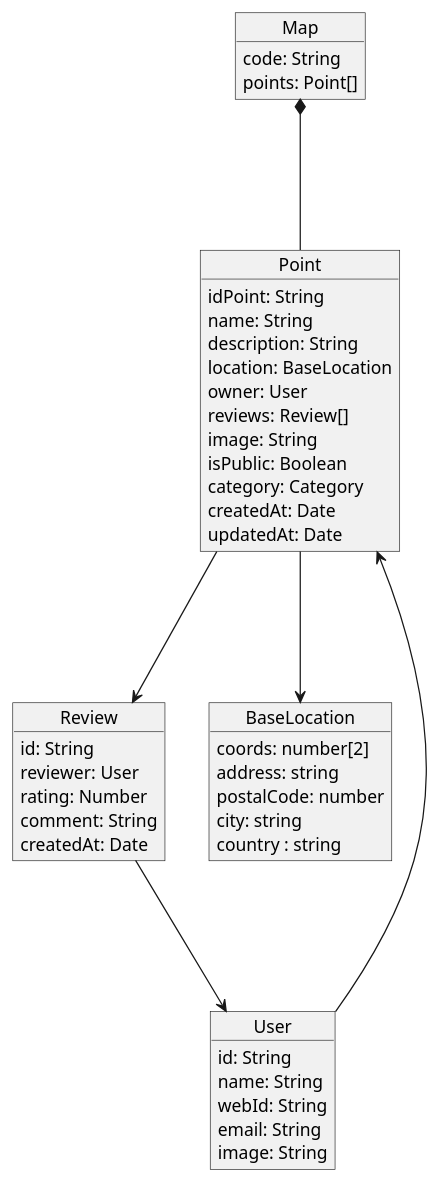
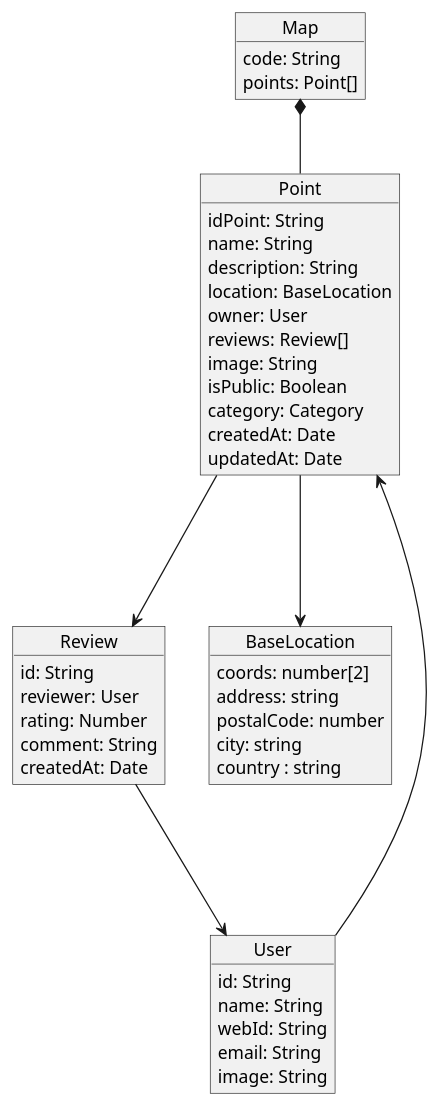
Before and after one commit to Arquisoft/lomap_es5a: the diagram in docs/08_concepts.adoc, drawn with PlantUML.

Commit message:
Arreglada composicion

```diff
--- a/docs/08_concepts.adoc
+++ b/docs/08_concepts.adoc
@@ -7,54 +7,54 @@
 [plantuml, "ModeloDeDominio", png]
 ----
 
 
 object Point{
     idPoint: String
     name: String
     description: String
     location: BaseLocation
     owner: User
     reviews: Review[]
     image: String
     isPublic: Boolean
     category: Category
     createdAt: Date
     updatedAt: Date
 }
 
 object Map{
     code: String
     points: Point[]
 }
 
 object Review{
     id: String
     reviewer: User
     rating: Number
     comment: String
     createdAt: Date
 }
 
 object User{
     id: String
     name: String
     webId: String
     email: String
     image: String
 }
 
 object BaseLocation{
     coords: number[2]
     address: string
     postalCode: number
     city: string
     country : string
 }
 
-Map*---Point
+Map*--Point
 Point--->Review
 User--->Point
 Review--->User
 Point--->BaseLocation
 
 ----
```
